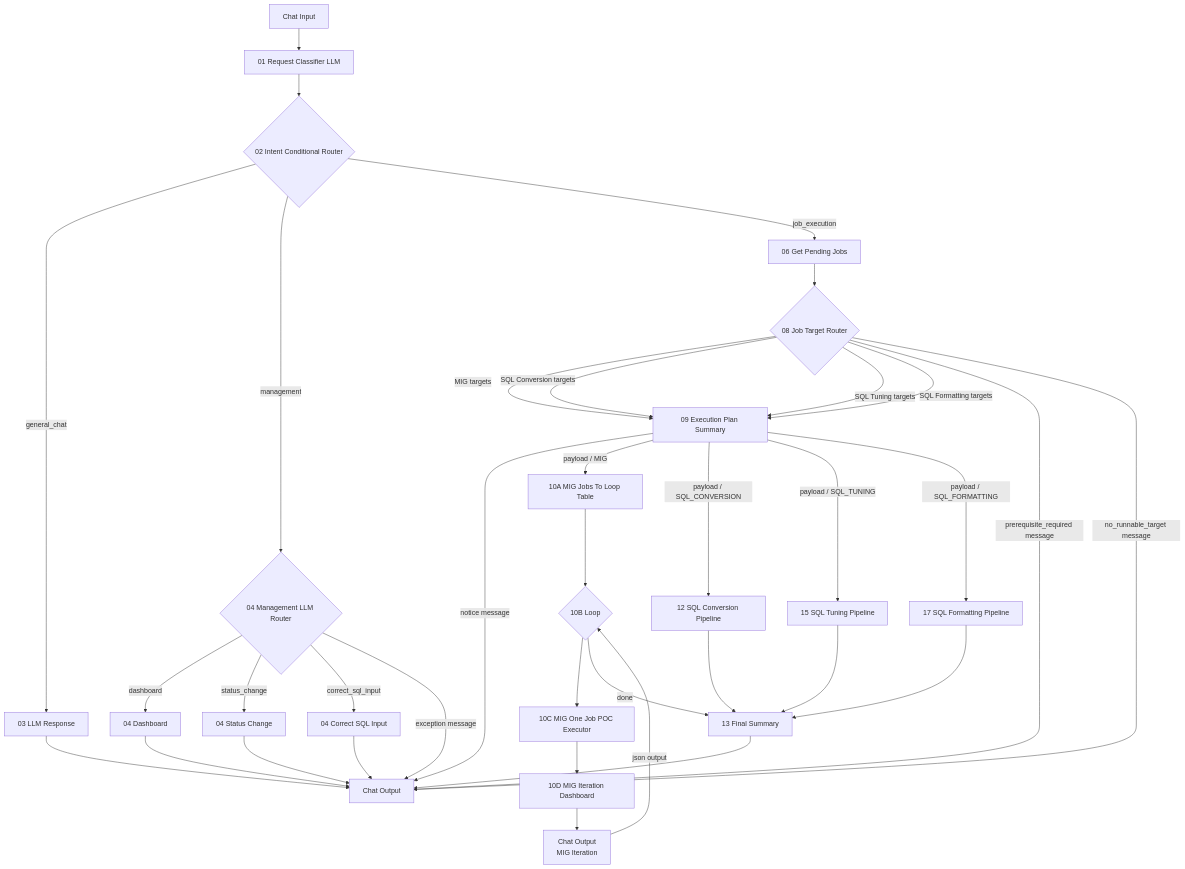
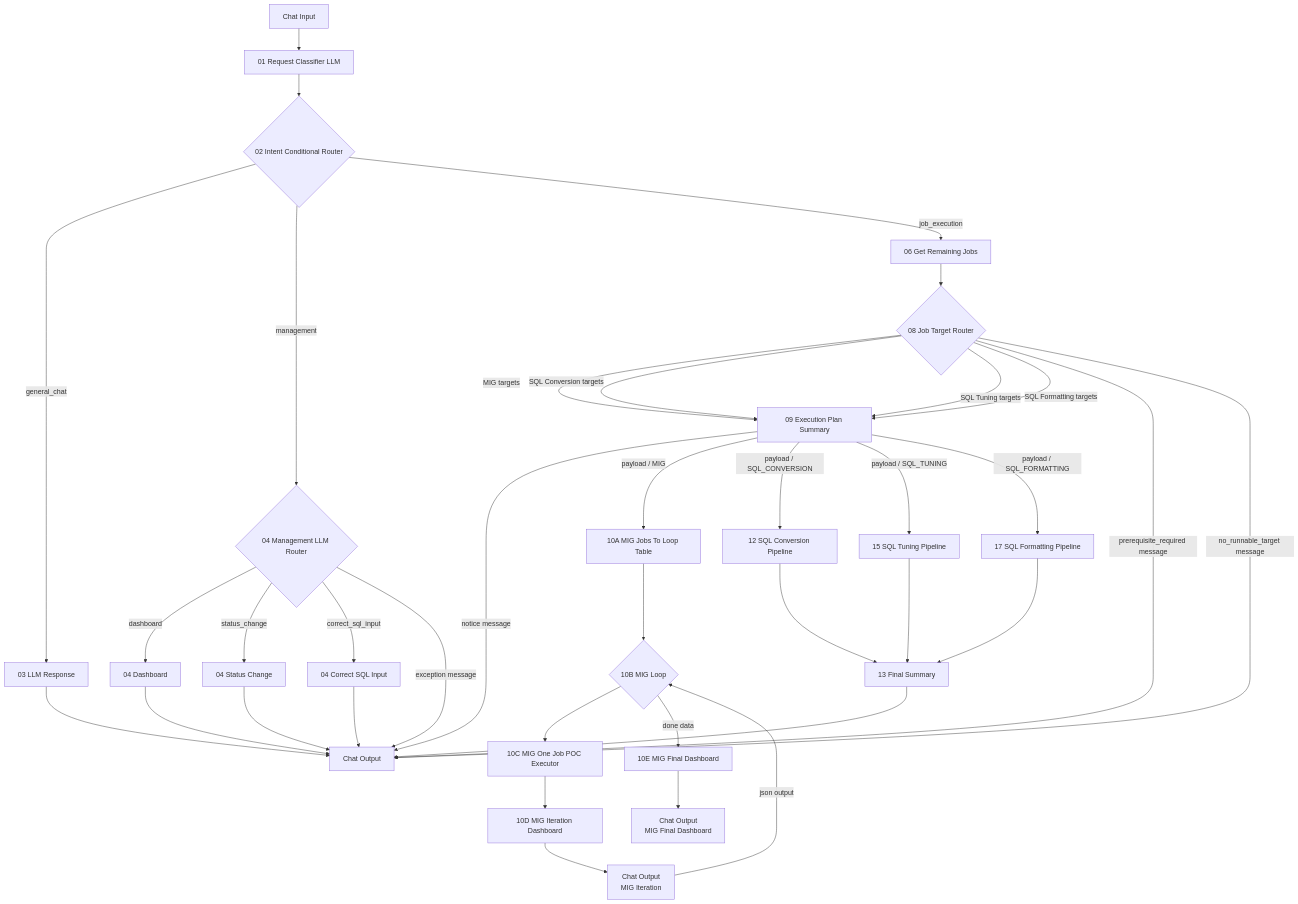
Before and after one commit to seongikjin227-jpg/refactoring_smartMigrate: the first of 2 diagrams in langflow_260819_newType/00_architecture.md, drawn with Mermaid. The commit also changed other lines of this file and 11 other files, not shown here.

````diff
--- a/langflow_260819_newType/00_architecture.md
+++ b/langflow_260819_newType/00_architecture.md
@@ -21,45 +21,46 @@
 ```mermaid
 flowchart TD
     A["Chat Input"] --> B["01 Request Classifier LLM"]
     B --> C{"02 Intent Conditional Router"}
 
     C -->|general_chat| D["03 LLM Response"]
     C -->|management| E{"04 Management LLM Router"}
-    C -->|job_execution| G["06 Get Pending Jobs"]
+    C -->|job_execution| G["06 Get Remaining Jobs"]
 
     E -->|dashboard| E1["04 Dashboard"]
     E -->|status_change| E2["04 Status Change"]
     E -->|correct_sql_input| E3["04 Correct SQL Input"]
     E -->|exception message| OUT["Chat Output"]
 
     G --> H{"08 Job Target Router"}
 
     H -->|MIG targets| P["09 Execution Plan Summary"]
     H -->|SQL Conversion targets| P
     H -->|SQL Tuning targets| P
     H -->|SQL Formatting targets| P
     H -->|prerequisite_required message| OUT
     H -->|no_runnable_target message| OUT
 
     P -->|notice message| OUT
     P -->|payload / MIG| M0["10A MIG Jobs To Loop Table"]
     P -->|payload / SQL_CONVERSION| C2["12 SQL Conversion Pipeline"]
     P -->|payload / SQL_TUNING| T2["15 SQL Tuning Pipeline"]
     P -->|payload / SQL_FORMATTING| F2["17 SQL Formatting Pipeline"]
 
-    M0 --> ML{"10B Loop"}
+    M0 --> ML{"10B MIG Loop"}
     ML --> M1["10C MIG One Job POC Executor"]
     M1 --> M2["10D MIG Iteration Dashboard"]
     M2 --> MOUT["Chat Output<br/>MIG Iteration"]
     MOUT -->|json output| ML
-    ML -->|done| S3["13 Final Summary"]
-    C2 --> S3
+    ML -->|done data| ME["10E MIG Final Dashboard"]
+    ME --> MFINAL["Chat Output<br/>MIG Final Dashboard"]
+    C2 --> S3["13 Final Summary"]
     T2 --> S3
     F2 --> S3
 
     D --> OUT
     E1 --> OUT
     E2 --> OUT
     E3 --> OUT
     S3 --> OUT
 ```
````
